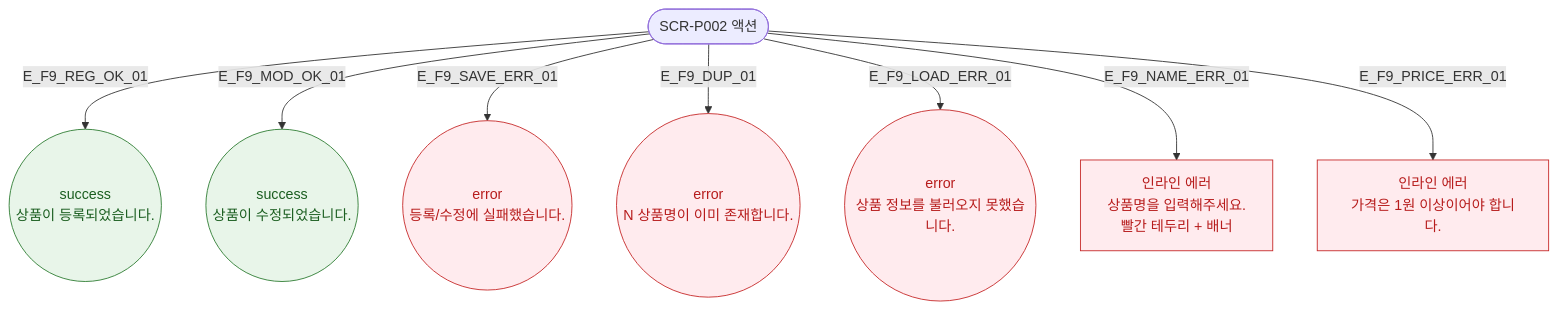
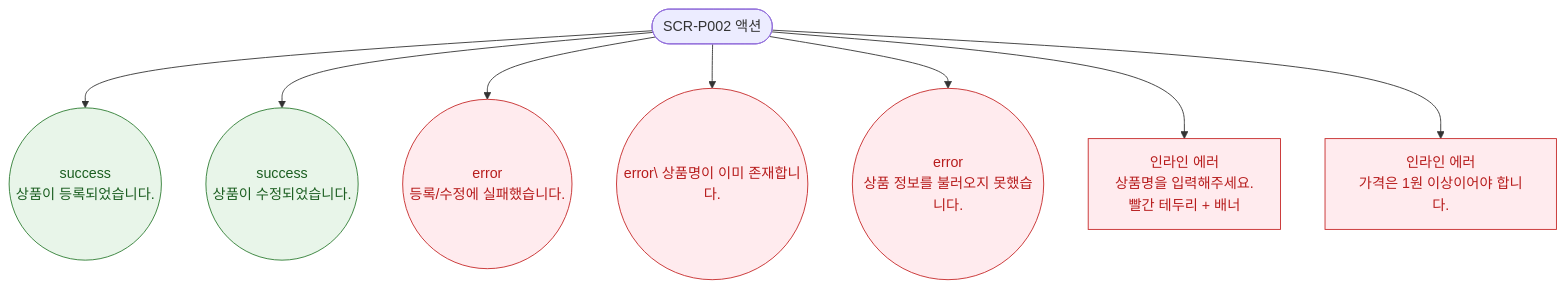
The diagram in docs/다이어그램/D05_상품관리/SCR-P002_상품등록수정_레거시/F9_토스트피드백.md (dev-spogym/admin-pando), drawn with Mermaid before and after one commit. The commit also changed other lines of this file and 1660 other files, not shown here.

First line of the commit message:
다이어그램: 기획자/클라이언트 납품본으로 정리

````diff
--- a/docs/다이어그램/D05_상품관리/SCR-P002_상품등록수정_레거시/F9_토스트피드백.md
+++ b/docs/다이어그램/D05_상품관리/SCR-P002_상품등록수정_레거시/F9_토스트피드백.md
@@ -16,17 +14,17 @@
 ```mermaid
 flowchart TD
     TRIGGER([SCR-P002 액션])
 
-    TRIGGER -->|E_F9_REG_OK_01| T_REG_OK((success\n상품이 등록되었습니다.))
-    TRIGGER -->|E_F9_MOD_OK_01| T_MOD_OK((success\n상품이 수정되었습니다.))
-    TRIGGER -->|E_F9_SAVE_ERR_01| T_SAVE_ERR((error\n등록/수정에 실패했습니다.))
-    TRIGGER -->|E_F9_DUP_01| T_DUP((error\nN 상품명이 이미 존재합니다.))
-    TRIGGER -->|E_F9_LOAD_ERR_01| T_LOAD_ERR((error\n상품 정보를 불러오지 못했습니다.))
-    TRIGGER -->|E_F9_NAME_ERR_01| T_NAME_ERR[인라인 에러\n상품명을 입력해주세요.\n빨간 테두리 + 배너]
-    TRIGGER -->|E_F9_PRICE_ERR_01| T_PRICE_ERR[인라인 에러\n가격은 1원 이상이어야 합니다.]
+    TRIGGER --> T_REG_OK((success\n상품이 등록되었습니다.))
+    TRIGGER --> T_MOD_OK((success\n상품이 수정되었습니다.))
+    TRIGGER --> T_SAVE_ERR((error\n등록/수정에 실패했습니다.))
+    TRIGGER --> T_DUP((error\ 상품명이 이미 존재합니다.))
+    TRIGGER --> T_LOAD_ERR((error\n상품 정보를 불러오지 못했습니다.))
+    TRIGGER --> T_NAME_ERR[인라인 에러\n상품명을 입력해주세요.\n빨간 테두리 + 배너]
+    TRIGGER --> T_PRICE_ERR[인라인 에러\n가격은 1원 이상이어야 합니다.]
 
     classDef success fill:#E8F5E9,stroke:#2E7D32,color:#1B5E20
     classDef error fill:#FFEBEE,stroke:#C62828,color:#B71C1C
     class T_REG_OK,T_MOD_OK success
     class T_SAVE_ERR,T_DUP,T_LOAD_ERR,T_NAME_ERR,T_PRICE_ERR error
 ```
````
